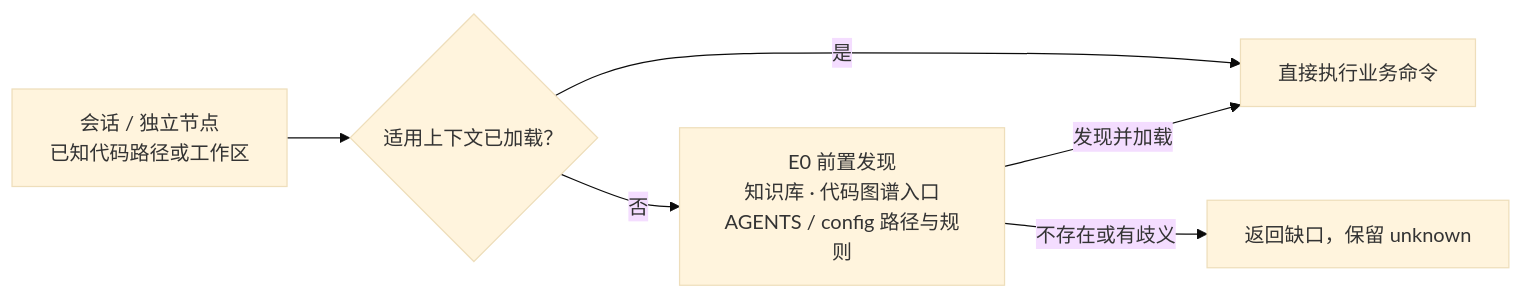
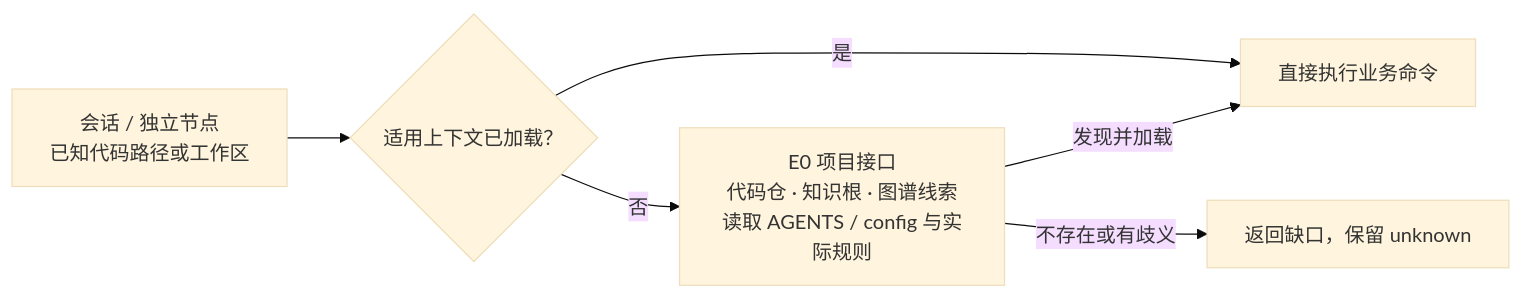
The second of 7 diagrams in himate-knowledge-wifi-mp/docs-llm-wiki/HiMate知识库架构设计.md (Robin-hhc/FactumCore), drawn with Mermaid (base theme) before and after one commit. The commit also changed other lines of this file and 183 other files, not shown here.

````diff
--- a/himate-knowledge-wifi-mp/docs-llm-wiki/HiMate知识库架构设计.md
+++ b/himate-knowledge-wifi-mp/docs-llm-wiki/HiMate知识库架构设计.md
@@ -203,8 +206,8 @@
 ```mermaid
 flowchart LR
     A["会话 / 独立节点<br/>已知代码路径或工作区"] --> B{"适用上下文已加载？"}
     B -->|"是"| C["直接执行业务命令"]
-    B -->|"否"| E["E0 前置发现<br/>知识库 · 代码图谱入口<br/>AGENTS / config 路径与规则"]
+    B -->|"否"| E["E0 项目接口<br/>代码仓 · 知识根 · 图谱线索<br/>读取 AGENTS / config 与实际规则"]
     E -->|"发现并加载"| C
     E -->|"不存在或有歧义"| G["返回缺口，保留 unknown"]
 ```
````
